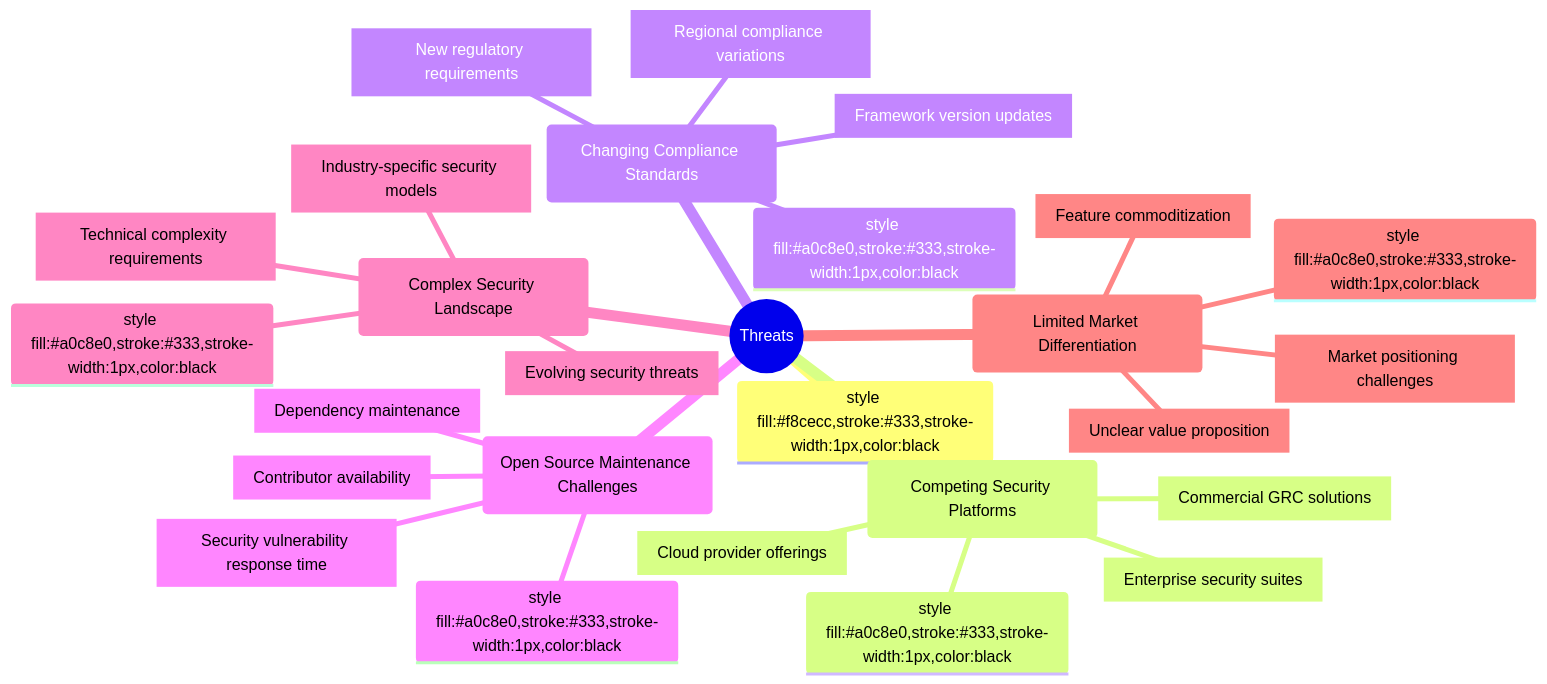
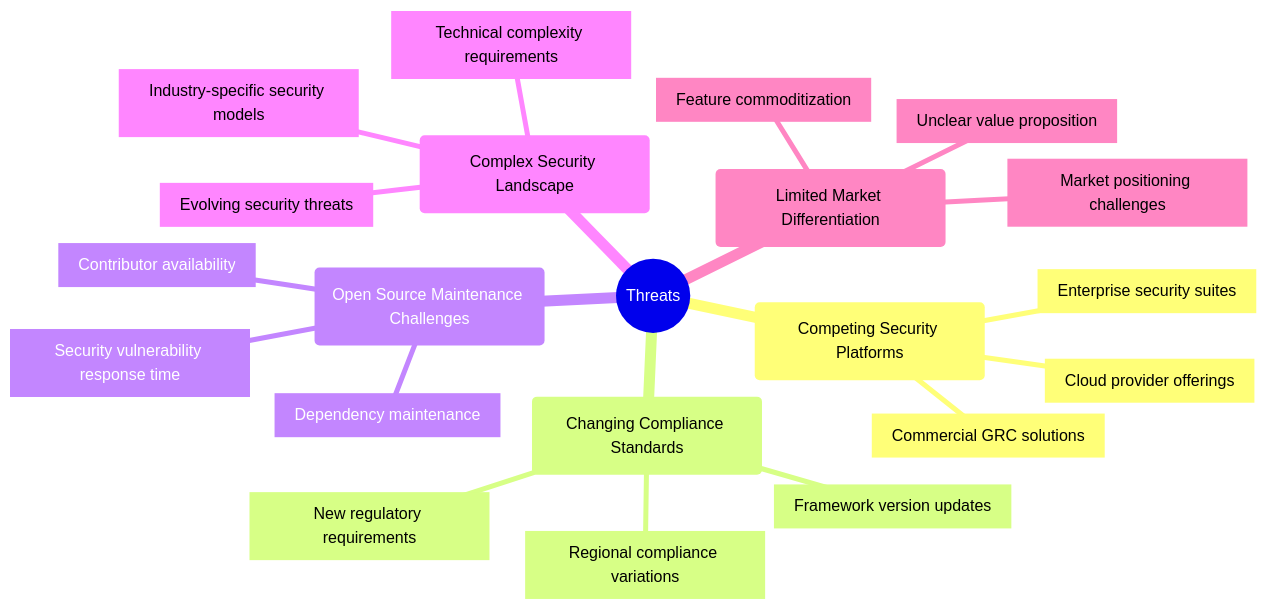
Before and after one commit to Hack23/cia-compliance-manager: the sixth of 6 diagrams in docs/architecture/SWOT.md, drawn with Mermaid. The commit also changed other lines of this file, not shown here.

````diff
--- a/docs/architecture/SWOT.md
+++ b/docs/architecture/SWOT.md
@@ -250,30 +238,24 @@
 ```mermaid
 mindmap
   root((Threats))
-    style fill:#f8cecc,stroke:#333,stroke-width:1px,color:black
     id1(Competing Security Platforms)
-      style fill:#a0c8e0,stroke:#333,stroke-width:1px,color:black
       id1.1[Commercial GRC solutions]
       id1.2[Enterprise security suites]
       id1.3[Cloud provider offerings]
     id2(Changing Compliance Standards)
-      style fill:#a0c8e0,stroke:#333,stroke-width:1px,color:black
       id2.1[Framework version updates]
       id2.2[New regulatory requirements]
       id2.3[Regional compliance variations]
     id3(Open Source Maintenance Challenges)
-      style fill:#a0c8e0,stroke:#333,stroke-width:1px,color:black
       id3.1[Contributor availability]
       id3.2[Dependency maintenance]
       id3.3[Security vulnerability response time]
     id4(Complex Security Landscape)
-      style fill:#a0c8e0,stroke:#333,stroke-width:1px,color:black
       id4.1[Evolving security threats]
       id4.2[Industry-specific security models]
       id4.3[Technical complexity requirements]
     id5(Limited Market Differentiation)
-      style fill:#a0c8e0,stroke:#333,stroke-width:1px,color:black
       id5.1[Feature commoditization]
       id5.2[Unclear value proposition]
       id5.3[Market positioning challenges]
 ```
````
